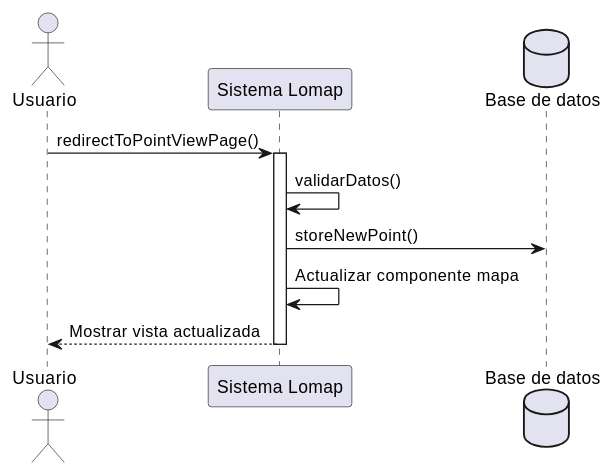
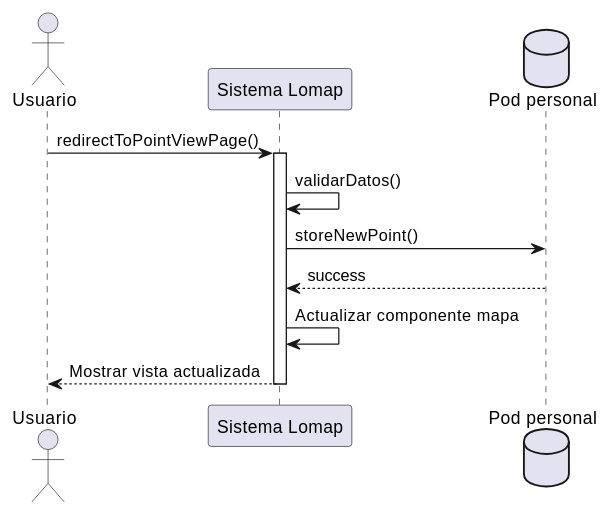
One commit to Arquisoft/lomap_es5a changed the second of 8 diagrams in docs/06_runtime_view.adoc. Above: the diagram before and after it, drawn with PlantUML. The commit also changed other lines of this file and 5 other files, not shown here.

```diff
--- a/docs/06_runtime_view.adoc
+++ b/docs/06_runtime_view.adoc
@@ -40,15 +42,16 @@
 [plantuml, "runtime-6-1-3", svg]
 ----
 actor Usuario
 participant lomap as "Sistema Lomap"
-database Bd as "Base de datos"
+database pod as "Pod personal"
 
 Usuario -> lomap: redirectToPointViewPage()
 activate lomap
 lomap -> lomap: validarDatos()
-lomap -> Bd: storeNewPoint()
+lomap -> pod: storeNewPoint()
+pod --> lomap: success
 lomap -> lomap: Actualizar componente mapa
 lomap --> Usuario: Mostrar vista actualizada
 
 deactivate lomap
 ----
```
